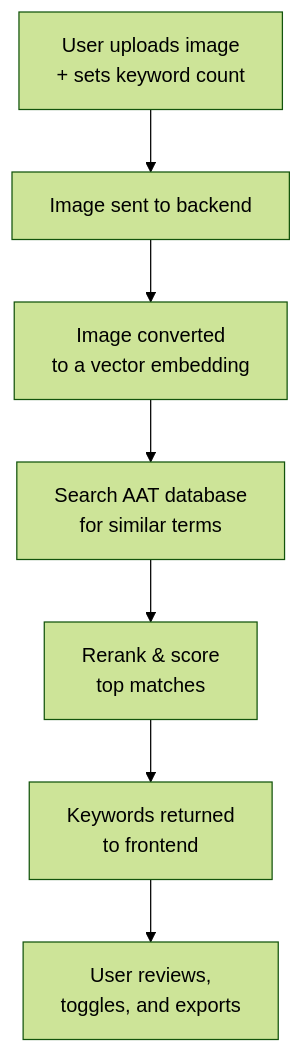
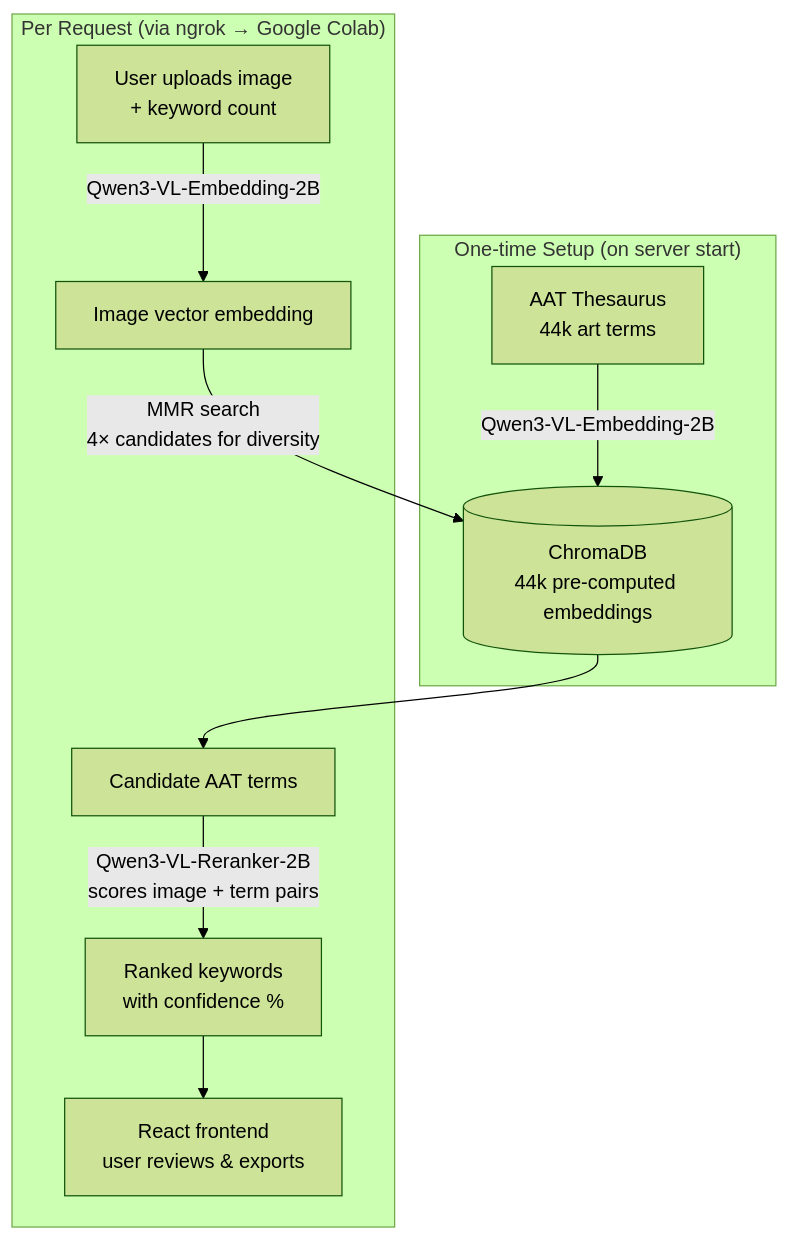
The diagram in README.md (cs2535-oakhoury-2026spring/Mills-Museum), drawn with Mermaid (forest theme) before and after one commit.

Commit message:
Add flowchart for image processing and setup

````diff
--- a/README.md
+++ b/README.md
@@ -59,9 +59,14 @@
 ```mermaid
 flowchart TD
-    A["User uploads image\n+ sets keyword count"] --> B["Image sent to backend"]
-    B --> C["Image converted\nto a vector embedding"]
-    C --> D["Search AAT database\nfor similar terms"]
-    D --> E["Rerank & score\ntop matches"]
-    E --> F["Keywords returned\nto frontend"]
-    F --> G["User reviews,\ntoggles, and exports"]
+    subgraph Setup["One-time Setup (on server start)"]
+        A["AAT Thesaurus\n44k art terms"] -->|"Qwen3-VL-Embedding-2B"| B[("ChromaDB\n44k pre-computed embeddings")]
+    end
+
+    subgraph Request["Per Request (via ngrok → Google Colab)"]
+        C["User uploads image\n+ keyword count"] -->|"Qwen3-VL-Embedding-2B"| D["Image vector embedding"]
+        D -->|"MMR search\n4× candidates for diversity"| B
+        B --> E["Candidate AAT terms"]
+        E -->|"Qwen3-VL-Reranker-2B\nscores image + term pairs"| F["Ranked keywords\nwith confidence %"]
+        F --> G["React frontend\nuser reviews & exports"]
+    end
 ```
````
